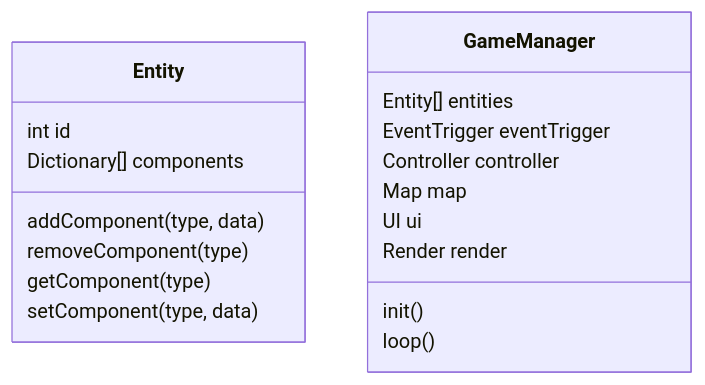
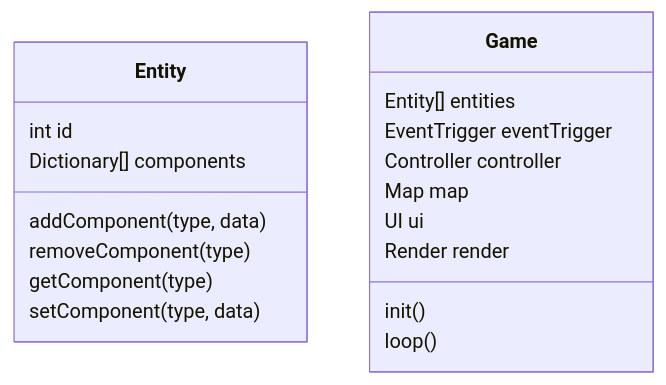
Before and after one commit to UoB-COMSM0166/2026-group-10: the diagram in struct.md, drawn with Mermaid. The commit also changed 16 other files, not shown here.

````diff
--- a/struct.md
+++ b/struct.md
@@ -1,25 +1,25 @@
 ```mermaid
     classDiagram
 
     class Entity {
         int id
         Dictionary[] components
 
         addComponent(type, data)
         removeComponent(type)
         getComponent(type)
         setComponent(type, data)
     }
 
-    class GameManager {
+    class Game {
         Entity[] entities
         EventTrigger eventTrigger
         Controller controller
         Map map
         UI ui
         Render render
 
         init()
         loop()
     }
 ```
````
